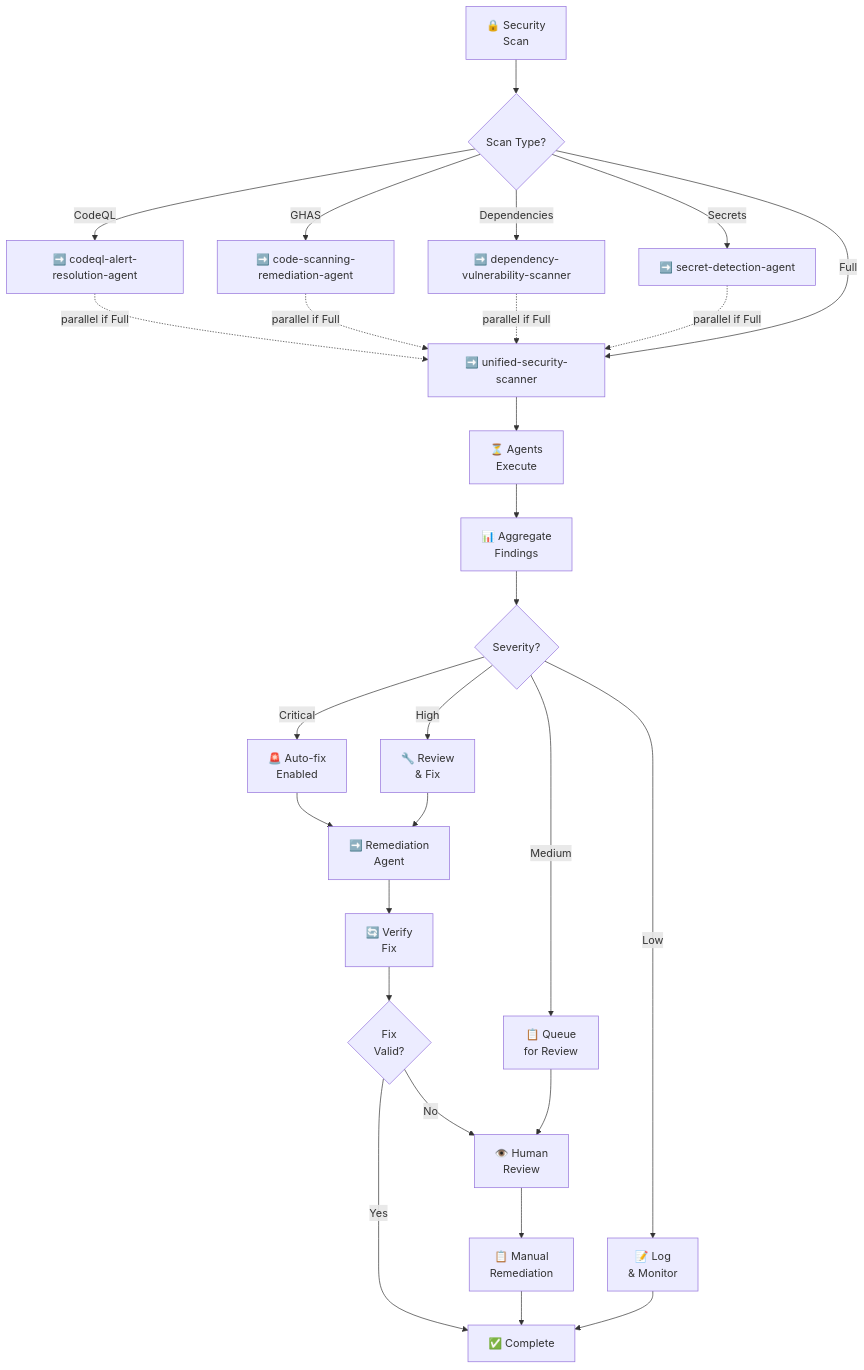
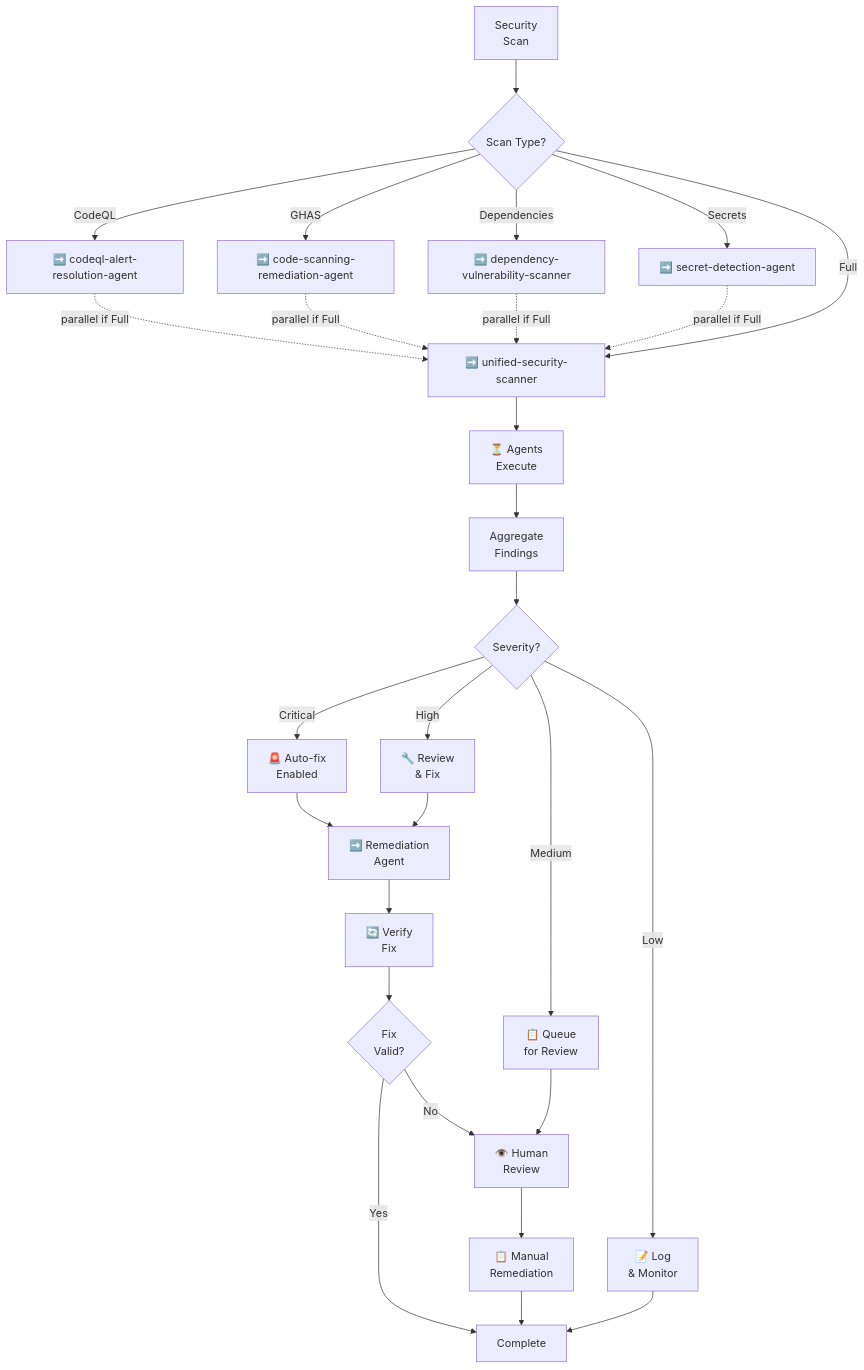
One commit to Aries-Serpent/_codex_ changed the sixth of 10 diagrams in docs/agent/CUSTOM_AGENT_COORDINATION_WORKFLOWS.md. Above: the diagram before and after it, drawn with Mermaid. The commit also changed other lines of this file and 2029 other files, not shown here.

````diff
--- a/docs/agent/CUSTOM_AGENT_COORDINATION_WORKFLOWS.md
+++ b/docs/agent/CUSTOM_AGENT_COORDINATION_WORKFLOWS.md
@@ -275,41 +277,41 @@
 ```mermaid
 graph TD
-    A["🔒 Security<br/>Scan"] --> B{Scan Type?}
+    A[" Security<br/>Scan"] --> B{Scan Type?}
 
     B -->|CodeQL| B1["➡️ codeql-alert-resolution-agent"]
     B -->|GHAS| B2["➡️ code-scanning-remediation-agent"]
     B -->|Dependencies| B3["➡️ dependency-vulnerability-scanner"]
     B -->|Secrets| B4["➡️ secret-detection-agent"]
     B -->|Full| B5["➡️ unified-security-scanner"]
 
     B1 -.->|parallel if Full| B5
     B2 -.->|parallel if Full| B5
     B3 -.->|parallel if Full| B5
     B4 -.->|parallel if Full| B5
 
     B5 --> C["⏳ Agents<br/>Execute"]
 
-    C --> D["📊 Aggregate<br/>Findings"]
+    C --> D[" Aggregate<br/>Findings"]
 
     D --> E{Severity?}
 
     E -->|Critical| E1["🚨 Auto-fix<br/>Enabled"]
     E -->|High| E2["🔧 Review<br/>& Fix"]
     E -->|Medium| E3["📋 Queue<br/>for Review"]
     E -->|Low| E4["📝 Log<br/>& Monitor"]
 
     E1 --> F["➡️ Remediation<br/>Agent"]
     E2 --> F
     E3 --> G["👁️ Human<br/>Review"]
-    E4 --> H["✅ Complete"]
+    E4 --> H[" Complete"]
 
     F --> I["🔄 Verify<br/>Fix"]
 
     I --> J{Fix<br/>Valid?}
 
     J -->|Yes| H
     J -->|No| G
 
     G --> K["📋 Manual<br/>Remediation"]
     K --> H
 ```
````
